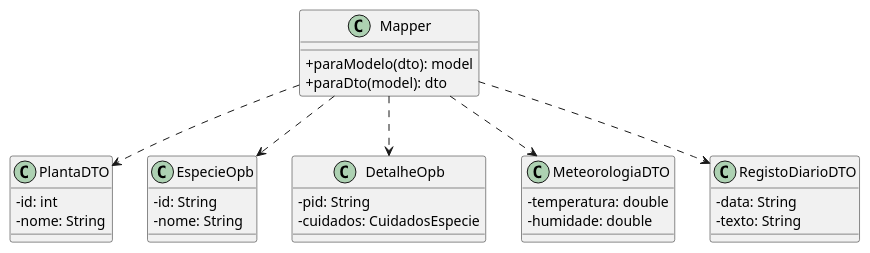
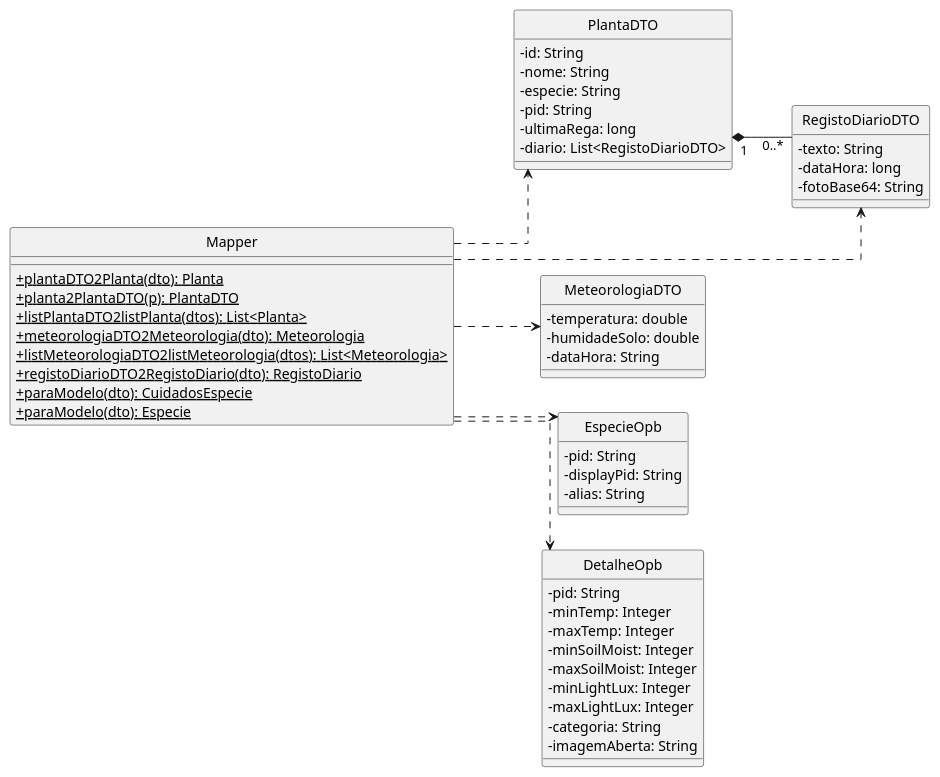
The diagram in .docs/diagramas/design/dtos_mappers_class_diagram.puml (compaqle/DSSMV_ProjectDroid_1251486_1251506), drawn with PlantUML before and after one commit. The commit also changed 25 other files, not shown here.

```diff
--- a/.docs/diagramas/design/dtos_mappers_class_diagram.puml
+++ b/.docs/diagramas/design/dtos_mappers_class_diagram.puml
@@ -1,39 +1,65 @@
 @startuml
+skinparam monochrome true
+skinparam shadowing false
 skinparam classAttributeIconSize 0
+hide circle
+skinparam linetype ortho
+left to right direction
 
 class PlantaDTO {
-  - id: int
+  - id: String
   - nome: String
+  - especie: String
+  - pid: String
+  - ultimaRega: long
+  - diario: List<RegistoDiarioDTO>
+}
+
+class RegistoDiarioDTO {
+  - texto: String
+  - dataHora: long
+  - fotoBase64: String
+}
+
+class MeteorologiaDTO {
+  - temperatura: double
+  - humidadeSolo: double
+  - dataHora: String
 }
 
 class EspecieOpb {
-  - id: String
-  - nome: String
+  - pid: String
+  - displayPid: String
+  - alias: String
 }
 
 class DetalheOpb {
   - pid: String
-  - cuidados: CuidadosEspecie
-}
-
-class MeteorologiaDTO {
-  - temperatura: double
-  - humidade: double
-}
-
-class RegistoDiarioDTO {
-  - data: String
-  - texto: String
+  - minTemp: Integer
+  - maxTemp: Integer
+  - minSoilMoist: Integer
+  - maxSoilMoist: Integer
+  - minLightLux: Integer
+  - maxLightLux: Integer
+  - categoria: String
+  - imagemAberta: String
 }
 
 class Mapper {
-  + paraModelo(dto): model
-  + paraDto(model): dto
+  + {static} plantaDTO2Planta(dto): Planta
+  + {static} planta2PlantaDTO(p): PlantaDTO
+  + {static} listPlantaDTO2listPlanta(dtos): List<Planta>
+  + {static} meteorologiaDTO2Meteorologia(dto): Meteorologia
+  + {static} listMeteorologiaDTO2listMeteorologia(dtos): List<Meteorologia>
+  + {static} registoDiarioDTO2RegistoDiario(dto): RegistoDiario
+  + {static} paraModelo(dto): CuidadosEspecie
+  + {static} paraModelo(dto): Especie
 }
 
 Mapper ..> PlantaDTO
+Mapper ..> RegistoDiarioDTO
+Mapper ..> MeteorologiaDTO
 Mapper ..> EspecieOpb
 Mapper ..> DetalheOpb
-Mapper ..> MeteorologiaDTO
-Mapper ..> RegistoDiarioDTO
+PlantaDTO "1" *-- "0..*" RegistoDiarioDTO
 @enduml
```
